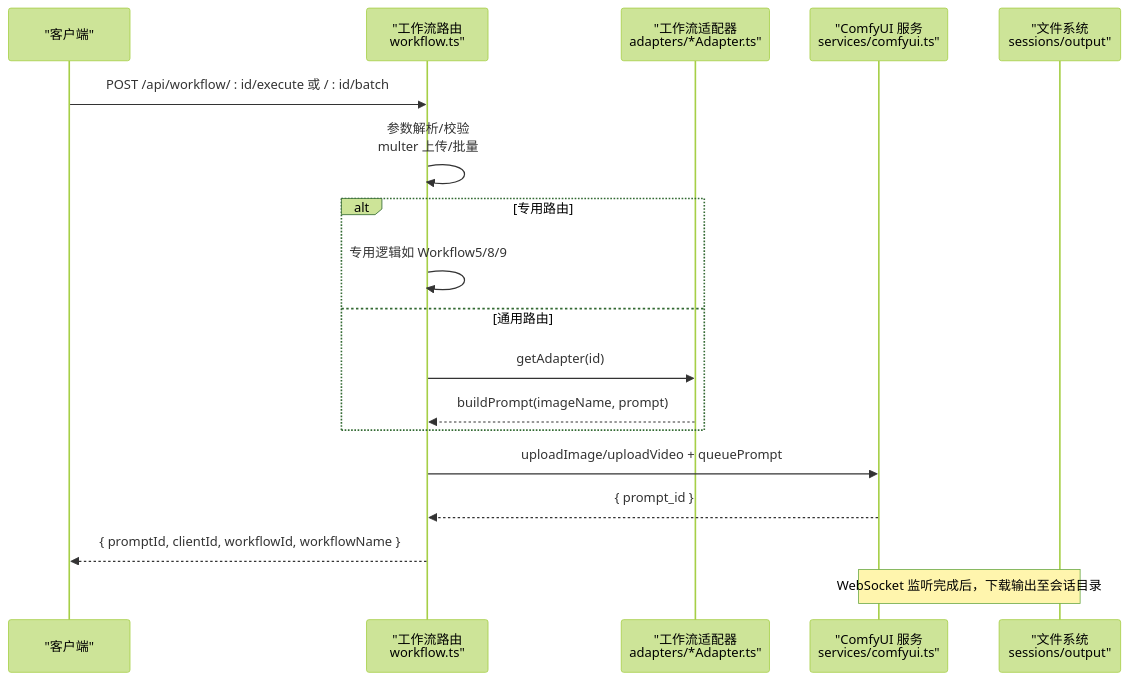
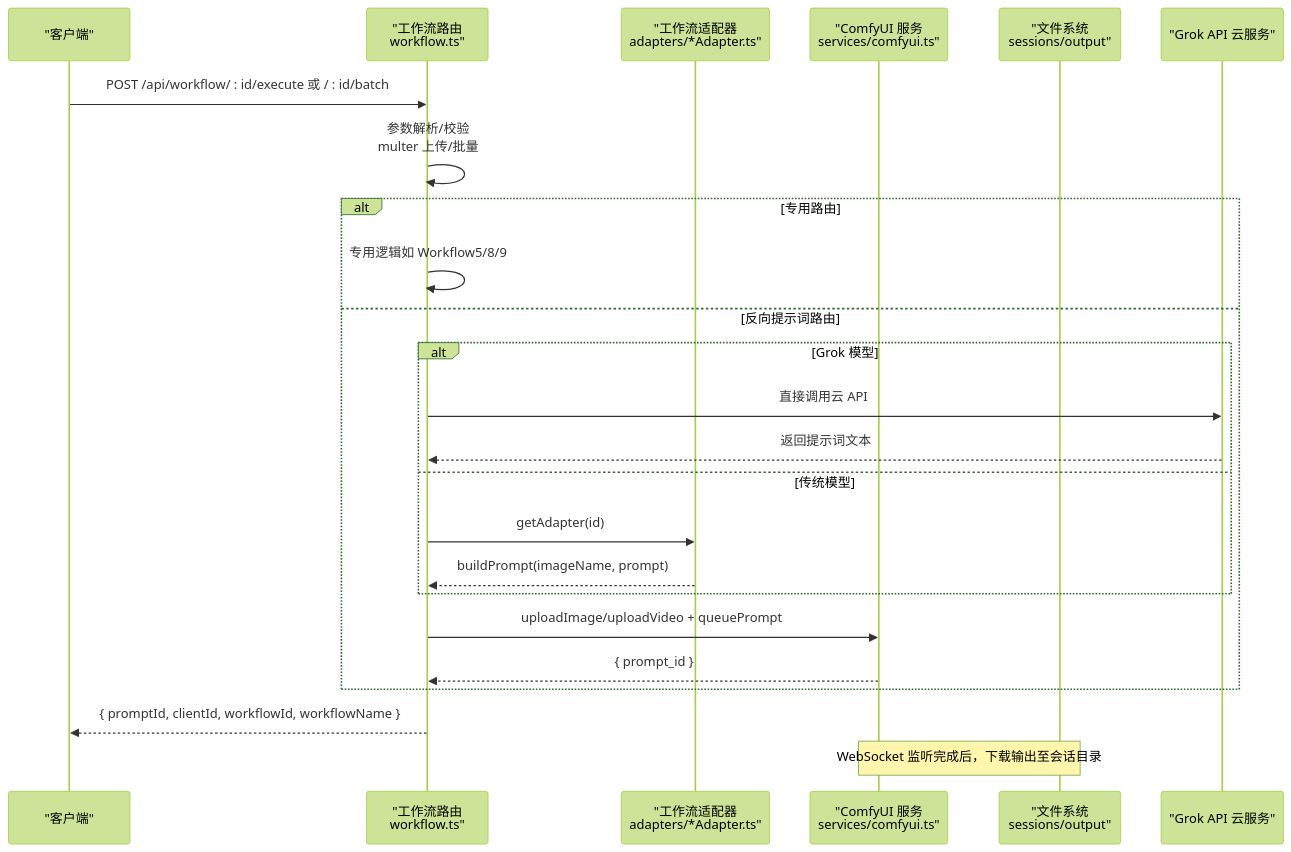
Before and after one commit to billye220670/CorineKit_Pix2Real: the second of 11 diagrams in .qoder/repowiki/zh/content/项目概述/技术架构概览/后端服务架构/路由系统设计/工作流路由模块.md, drawn with Mermaid (forest theme). The commit also changed other lines of this file and 54 other files, not shown here.

First line of the commit message:
feat: 模型下拉菜单元数据管理（缩略图+重命名）及session mask恢复优化

````diff
--- a/.qoder/repowiki/zh/content/项目概述/技术架构概览/后端服务架构/路由系统设计/工作流路由模块.md
+++ b/.qoder/repowiki/zh/content/项目概述/技术架构概览/后端服务架构/路由系统设计/工作流路由模块.md
@@ -111,20 +123,26 @@
 ```mermaid
 sequenceDiagram
 participant 客户端 as "客户端"
 participant 路由 as "工作流路由<br/>workflow.ts"
 participant 适配器 as "工作流适配器<br/>adapters/*Adapter.ts"
 participant 服务 as "ComfyUI 服务<br/>services/comfyui.ts"
 participant 文件 as "文件系统<br/>sessions/output"
+participant Grok as "Grok API 云服务"
 客户端->>路由 : POST /api/workflow/ : id/execute 或 / : id/batch
 路由->>路由 : 参数解析/校验<br/>multer 上传/批量
 alt 专用路由
 路由->>路由 : 专用逻辑如 Workflow5/8/9
-else 通用路由
+else 反向提示词路由
+alt Grok 模型
+路由->>Grok : 直接调用云 API
+Grok-->>路由 : 返回提示词文本
+else 传统模型
 路由->>适配器 : getAdapter(id)
 适配器-->>路由 : buildPrompt(imageName, prompt)
 end
 路由->>服务 : uploadImage/uploadVideo + queuePrompt
 服务-->>路由 : { prompt_id }
+end
 路由-->>客户端 : { promptId, clientId, workflowId, workflowName }
 Note over 服务,文件 : WebSocket 监听完成后，下载输出至会话目录
 ```
````
